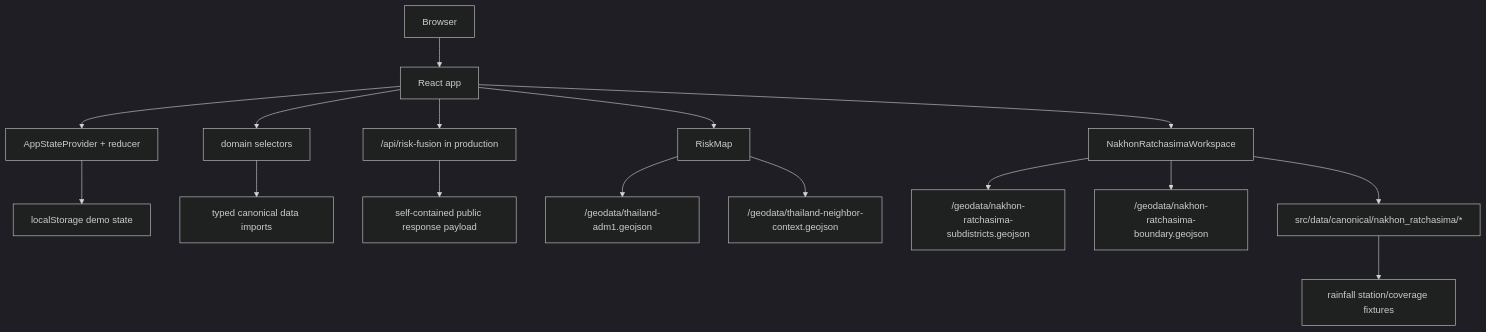
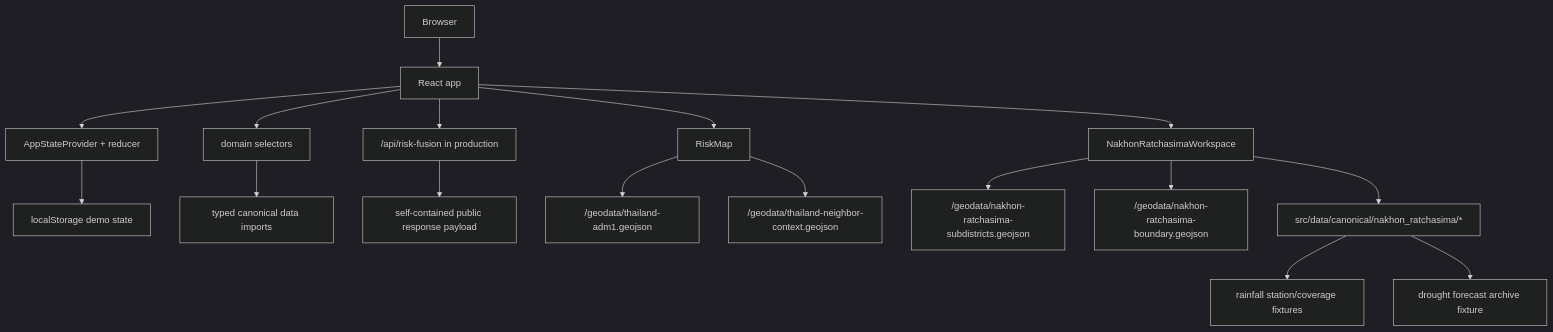
One commit to purichw/korattanphai changed the diagram in docs/ARCHITECTURE.md. Above: the diagram before and after it, drawn with Mermaid (dark theme). The commit also changed other lines of this file and 6 other files, not shown here.

````diff
--- a/docs/ARCHITECTURE.md
+++ b/docs/ARCHITECTURE.md
@@ -36,18 +41,19 @@
 ```mermaid
 flowchart TD
   Browser["Browser"] --> App["React app"]
   App --> Store["AppStateProvider + reducer"]
   Store --> Local["localStorage demo state"]
   App --> Domain["domain selectors"]
   App --> FusionApi["/api/risk-fusion in production"]
   Domain --> Catalog["typed canonical data imports"]
   FusionApi --> FusionPayload["self-contained public response payload"]
   App --> Map["RiskMap"]
   Map --> Geo["/geodata/thailand-adm1.geojson"]
   Map --> NeighborGeo["/geodata/thailand-neighbor-context.geojson"]
   App --> NR["NakhonRatchasimaWorkspace"]
   NR --> NRGeo["/geodata/nakhon-ratchasima-subdistricts.geojson"]
   NR --> NRBoundary["/geodata/nakhon-ratchasima-boundary.geojson"]
   NR --> NRData["src/data/canonical/nakhon_ratchasima/*"]
   NRData --> Rain["rainfall station/coverage fixtures"]
+  NRData --> Archive["drought forecast archive fixture"]
 ```
````
